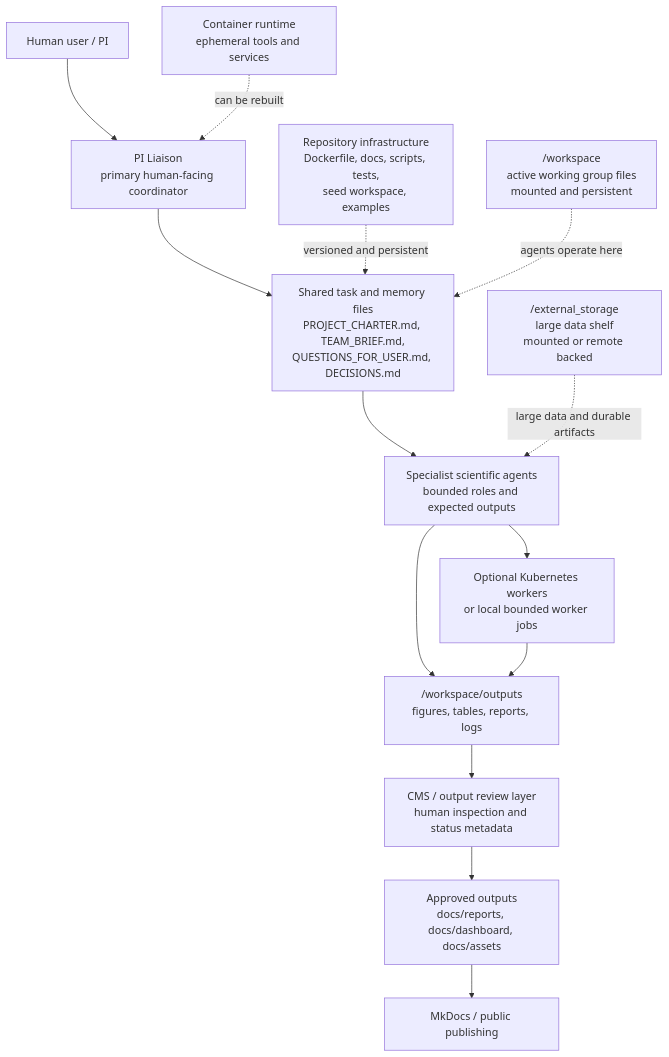
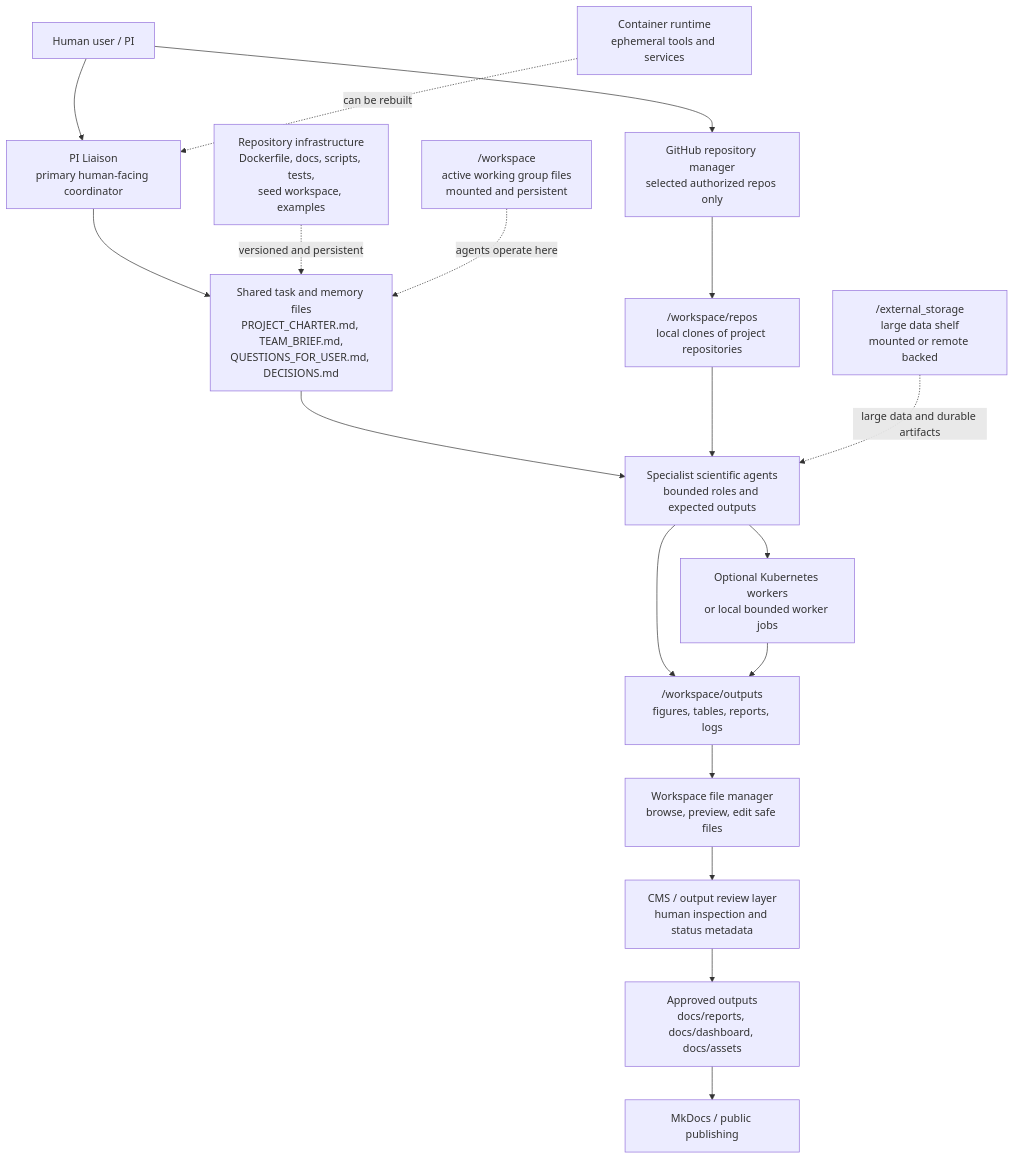
Before and after one commit to CU-ESIIL/openclaw_container: the diagram in docs/architecture.md, drawn with Mermaid. The commit also changed other lines of this file and 24 other files, not shown here.

````diff
--- a/docs/architecture.md
+++ b/docs/architecture.md
@@ -13,17 +13,21 @@
 ```mermaid
 flowchart TB
   User["Human user / PI"] --> Liaison["PI Liaison\nprimary human-facing coordinator"]
+  User --> GitHubManager["GitHub repository manager\nselected authorized repos only"]
   Liaison --> Files["Shared task and memory files\nPROJECT_CHARTER.md, TEAM_BRIEF.md,\nQUESTIONS_FOR_USER.md, DECISIONS.md"]
   Files --> Agents["Specialist scientific agents\nbounded roles and expected outputs"]
+  GitHubManager --> ProjectRepos["/workspace/repos\nlocal clones of project repositories"]
+  ProjectRepos --> Agents
   Agents --> WorkspaceOutputs["/workspace/outputs\nfigures, tables, reports, logs"]
   Agents --> Workers["Optional Kubernetes workers\nor local bounded worker jobs"]
   Workers --> WorkspaceOutputs
-  WorkspaceOutputs --> CMS["CMS / output review layer\nhuman inspection and status metadata"]
+  WorkspaceOutputs --> FileManager["Workspace file manager\nbrowse, preview, edit safe files"]
+  FileManager --> CMS["CMS / output review layer\nhuman inspection and status metadata"]
   CMS --> Approved["Approved outputs\ndocs/reports, docs/dashboard, docs/assets"]
   Approved --> MkDocs["MkDocs / public publishing"]
 
   Repo["Repository infrastructure\nDockerfile, docs, scripts, tests,\nseed workspace, examples"] -. "versioned and persistent" .-> Files
   Workspace["/workspace\nactive working group files\nmounted and persistent"] -. "agents operate here" .-> Files
   External["/external_storage\nlarge data shelf\nmounted or remote backed"] -. "large data and durable artifacts" .-> Agents
   Container["Container runtime\nephemeral tools and services"] -. "can be rebuilt" .-> Liaison
 ```
````
